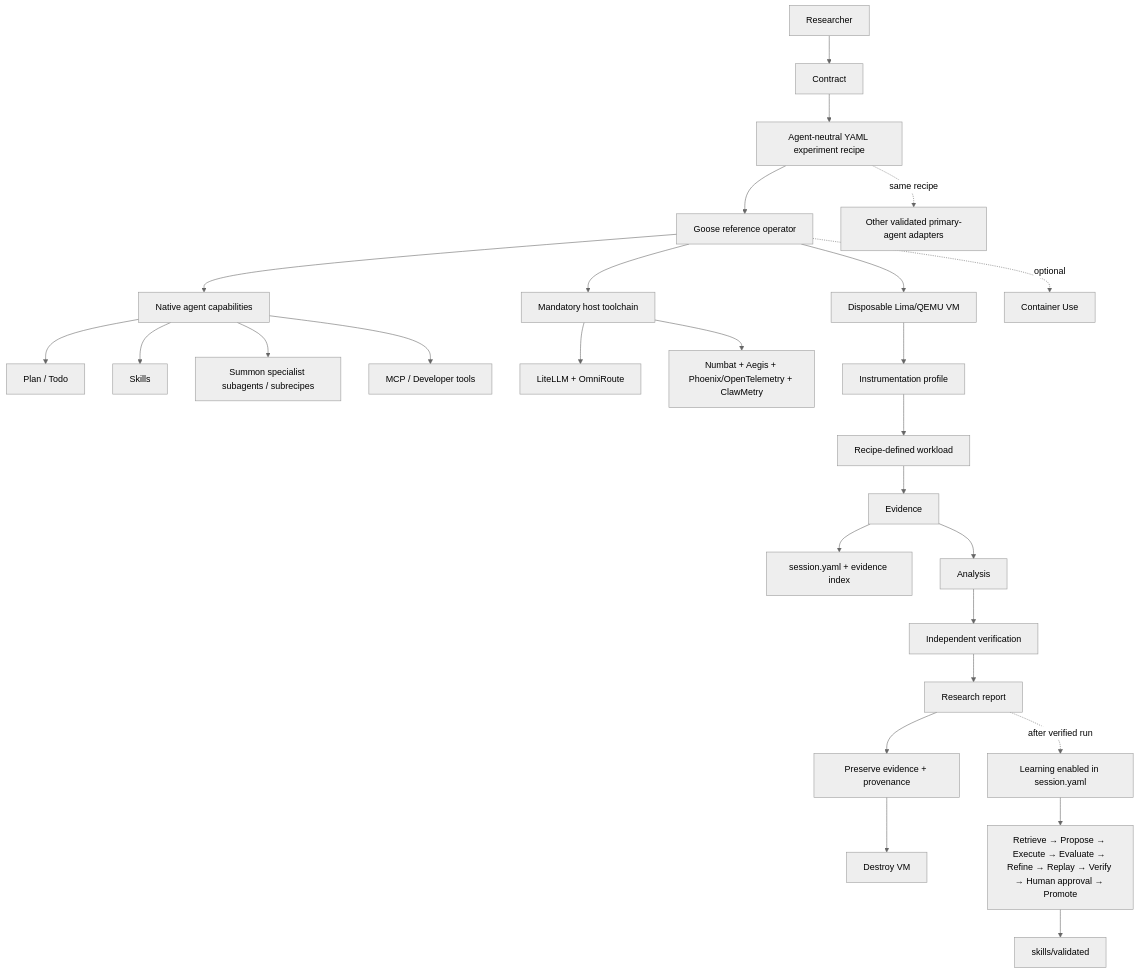
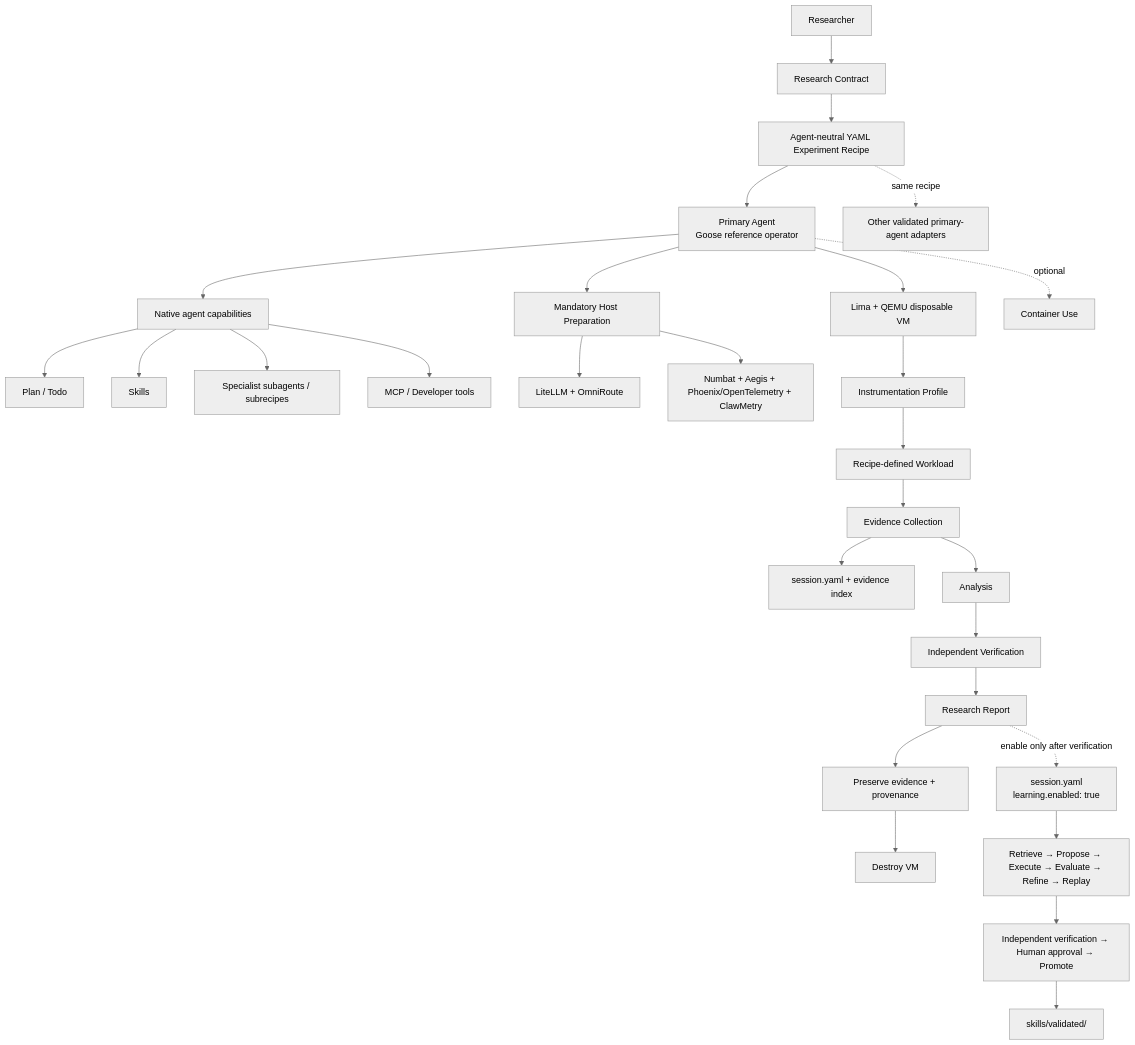
One commit to Opposum0112/Cusimanse changed the diagram in docs/architecture/cusimanse-architecture.mmd. Above: the diagram before and after it, drawn with Mermaid (neutral theme).

Commit message:
docs: refresh agent-neutral architecture flow

```diff
--- a/docs/architecture/cusimanse-architecture.mmd
+++ b/docs/architecture/cusimanse-architecture.mmd
@@ -1,27 +1,28 @@
 flowchart TD
-  R[Researcher] --> C[Contract]
-  C --> ER[Agent-neutral YAML experiment recipe]
-  ER --> G[Goose reference operator]
-  ER -.same recipe.-> A[Other validated primary-agent adapters]
+  R[Researcher] --> C[Research Contract]
+  C --> E[Agent-neutral YAML Experiment Recipe]
+  E --> G[Primary Agent<br/>Goose reference operator]
+  E -.same recipe.-> OA[Other validated primary-agent adapters]
   G --> N[Native agent capabilities]
   N --> P[Plan / Todo]
   N --> S[Skills]
-  N --> SS[Summon specialist subagents / subrecipes]
+  N --> SS[Specialist subagents / subrecipes]
   N --> M[MCP / Developer tools]
-  G --> H[Mandatory host toolchain]
+  G --> H[Mandatory Host Preparation]
   H --> GW[LiteLLM + OmniRoute]
-  H --> AO[Numbat + Aegis + Phoenix/OpenTelemetry + ClawMetry]
-  G --> VM[Disposable Lima/QEMU VM]
-  VM --> I[Instrumentation profile]
-  I --> W[Recipe-defined workload]
-  W --> E[Evidence]
-  E --> ST[session.yaml + evidence index]
-  E --> AN[Analysis]
-  AN --> V[Independent verification]
-  V --> RR[Research report]
+  H --> OB[Numbat + Aegis + Phoenix/OpenTelemetry + ClawMetry]
+  G --> VM[Lima + QEMU disposable VM]
+  VM --> I[Instrumentation Profile]
+  I --> W[Recipe-defined Workload]
+  W --> EVID[Evidence Collection]
+  EVID --> ST[session.yaml + evidence index]
+  EVID --> AN[Analysis]
+  AN --> V[Independent Verification]
+  V --> RR[Research Report]
   RR --> PR[Preserve evidence + provenance]
   PR --> D[Destroy VM]
   G -. optional .-> CU[Container Use]
-  RR -. after verified run .-> L[Learning enabled in session.yaml]
-  L --> LR[Retrieve → Propose → Execute → Evaluate → Refine → Replay → Verify → Human approval → Promote]
-  LR --> SKV[skills/validated]
+  RR -. enable only after verification .-> L[session.yaml<br/>learning.enabled: true]
+  L --> LR[Retrieve → Propose → Execute → Evaluate → Refine → Replay]
+  LR --> LV[Independent verification → Human approval → Promote]
+  LV --> SK[skills/validated/]
```
